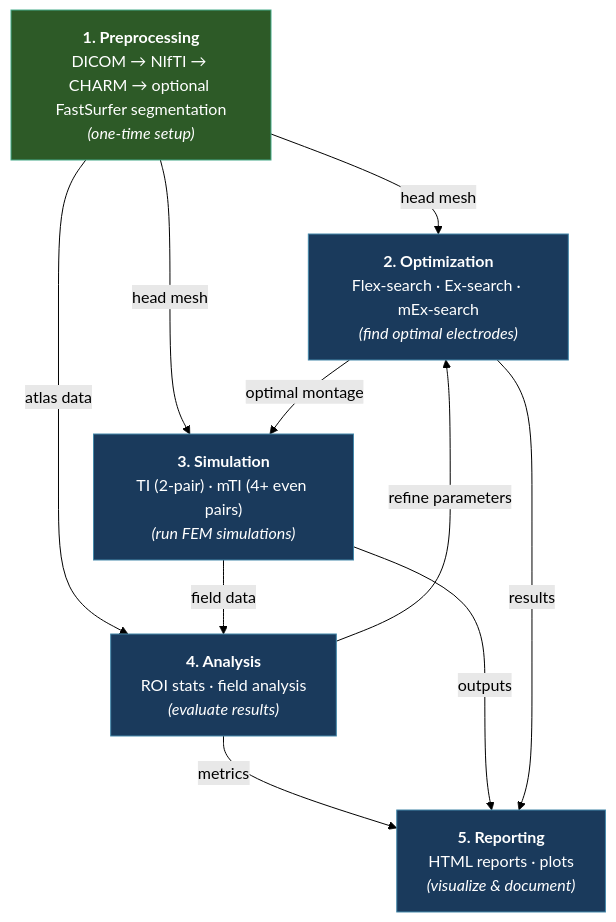
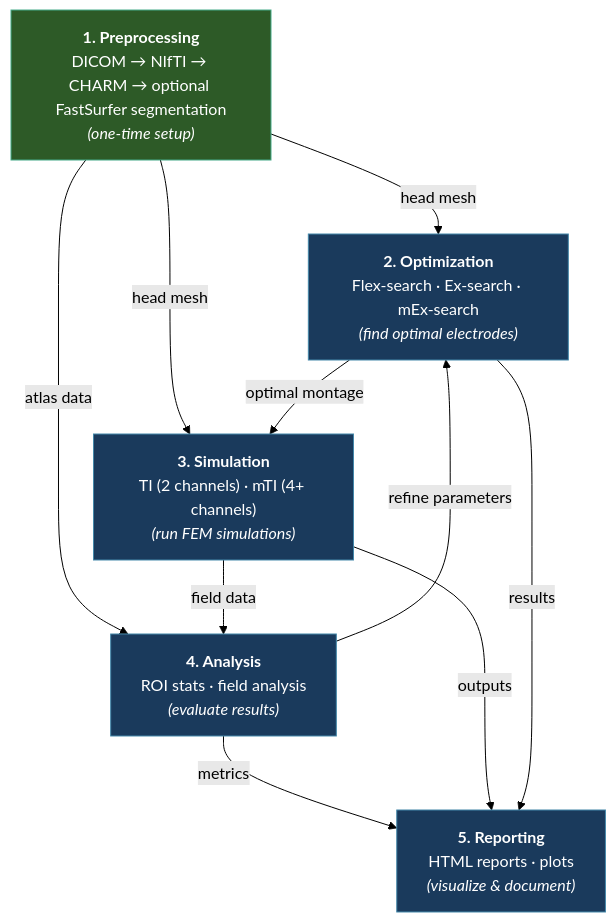
One commit to idossha/TI-Toolbox changed the diagram in docs/api_mkdocs/docs/index.md. Above: the diagram before and after it, drawn with Mermaid (forest theme). The commit also changed 16 other files, not shown here.

````diff
--- a/docs/api_mkdocs/docs/index.md
+++ b/docs/api_mkdocs/docs/index.md
@@ -9,38 +9,38 @@
 ```mermaid
 graph TD
     PRE["`**1. Preprocessing**
     DICOM → NIfTI → CHARM → optional FastSurfer segmentation
     *(one-time setup)*`"]
 
     OPT["`**2. Optimization**
     Flex-search · Ex-search · mEx-search
     *(find optimal electrodes)*`"]
 
     SIM["`**3. Simulation**
-    TI (2-pair) · mTI (4+ even pairs)
+    TI (2 channels) · mTI (4+ channels)
     *(run FEM simulations)*`"]
 
     ANA["`**4. Analysis**
     ROI stats · field analysis
     *(evaluate results)*`"]
 
     REP["`**5. Reporting**
     HTML reports · plots
     *(visualize & document)*`"]
 
     PRE -->|head mesh| OPT
     PRE -->|head mesh| SIM
     PRE -->|atlas data| ANA
     OPT -->|optimal montage| SIM
     SIM -->|field data| ANA
     ANA -->|metrics| REP
     ANA -->|refine parameters| OPT
     SIM -->|outputs| REP
     OPT -->|results| REP
 
     style PRE fill:#2d5a27,stroke:#4a8,color:#fff
     style OPT fill:#1a3a5c,stroke:#48a,color:#fff
     style SIM fill:#1a3a5c,stroke:#48a,color:#fff
     style ANA fill:#1a3a5c,stroke:#48a,color:#fff
     style REP fill:#1a3a5c,stroke:#48a,color:#fff
 ```
````
